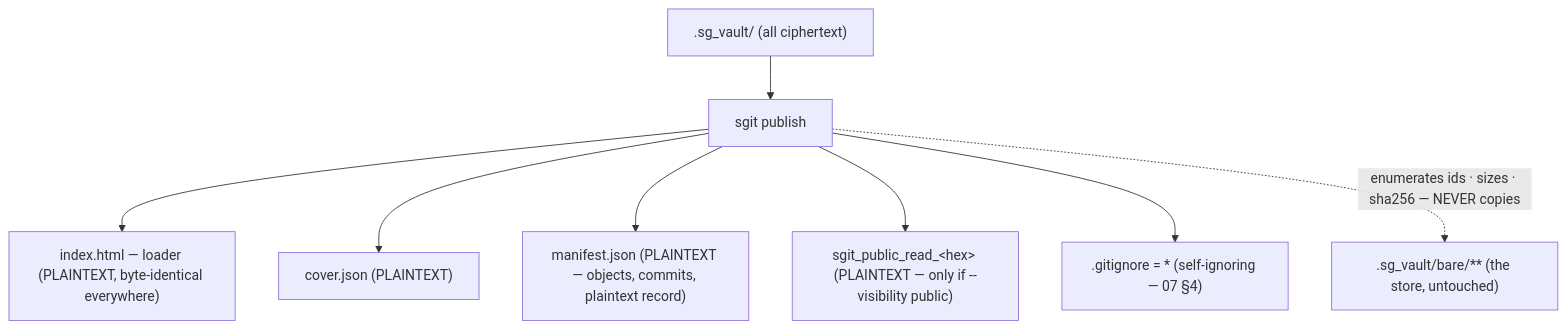
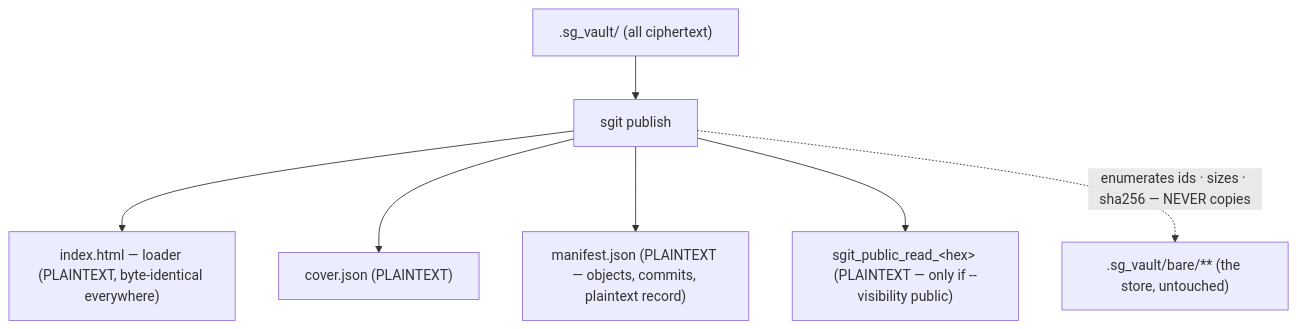
One commit to SGit-AI/SGit-AI__CLI changed the second of 3 diagrams in team/explorer/dev/impl-plans/08/17/static-publishing/01__architecture.md. Above: the diagram before and after it, drawn with Mermaid. The commit also changed other lines of this file and 11 other files, not shown here.

````diff
--- a/team/explorer/dev/impl-plans/08/17/static-publishing/01__architecture.md
+++ b/team/explorer/dev/impl-plans/08/17/static-publishing/01__architecture.md
@@ -67,10 +67,9 @@
 ```mermaid
 graph TD
   V[".sg_vault/  (all ciphertext)"] --> PUB["sgit publish"]
   PUB --> O1["index.html — loader (PLAINTEXT, byte-identical everywhere)"]
   PUB --> O2["cover.json (PLAINTEXT)"]
   PUB --> O3["manifest.json (PLAINTEXT — objects, commits, plaintext record)"]
   PUB --> O4["sgit_public_read_&lt;hex&gt; (PLAINTEXT — only if --visibility public)"]
-  PUB --> O7[".gitignore = * (self-ignoring — 07 §4)"]
   PUB -.->|"enumerates ids · sizes · sha256 — NEVER copies"| ST[".sg_vault/bare/** (the store, untouched)"]
 ```
````
